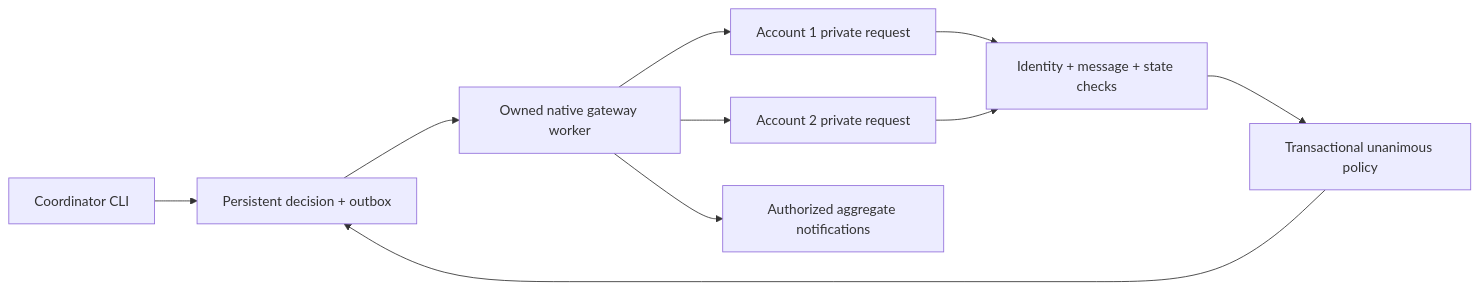
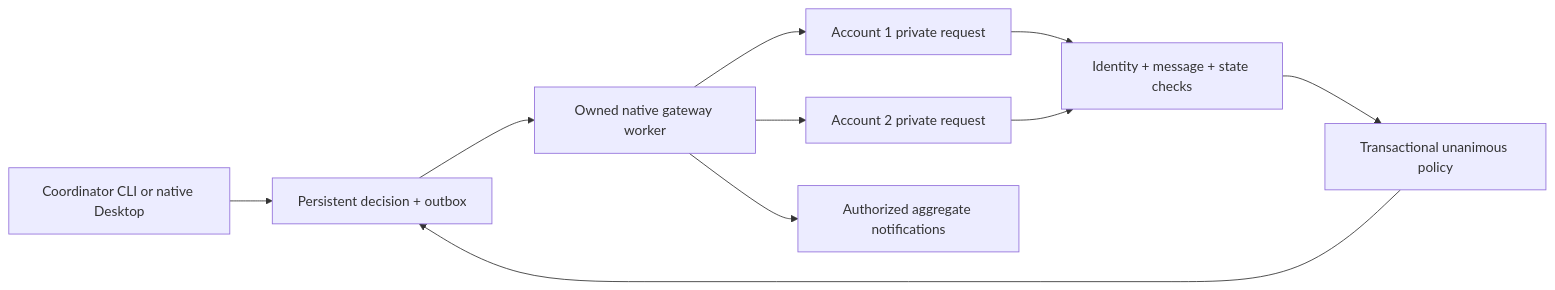
Before and after one commit to sopskistar/blindcouncil: the diagram in README.md, drawn with Mermaid. The commit also changed other lines of this file, not shown here.

Commit message:
Show genuine native interface evidence and clarify shipped decision-engine scope

````diff
--- a/README.md
+++ b/README.md
@@ -66,12 +73,12 @@
 ```mermaid
 flowchart LR
-    C[Coordinator CLI] --> D[Persistent decision + outbox]
+    C[Coordinator CLI or native Desktop] --> D[Persistent decision + outbox]
     D --> W[Owned native gateway worker]
     W --> A[Account 1 private request]
     W --> B[Account 2 private request]
     A --> V[Identity + message + state checks]
     B --> V
     V --> P[Transactional unanimous policy]
     P --> D
     W --> R[Authorized aggregate notifications]
 ```
````
